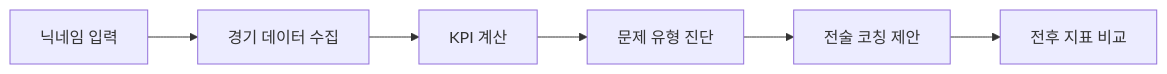
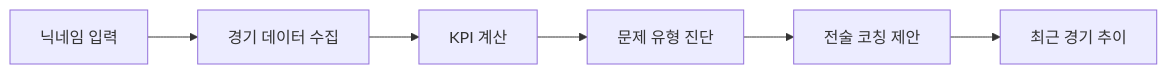
The first of 2 diagrams in README.md (minzai0116/fcoach), drawn with Mermaid before and after one commit. The commit also changed other lines of this file and 68 other files, not shown here.

````diff
--- a/README.md
+++ b/README.md
@@ -35,8 +35,8 @@
 ```mermaid
 flowchart LR
     A["닉네임 입력"] --> B["경기 데이터 수집"]
     B --> C["KPI 계산"]
     C --> D["문제 유형 진단"]
     D --> E["전술 코칭 제안"]
-    E --> F["전후 지표 비교"]
+    E --> F["최근 경기 추이"]
 ```
````
